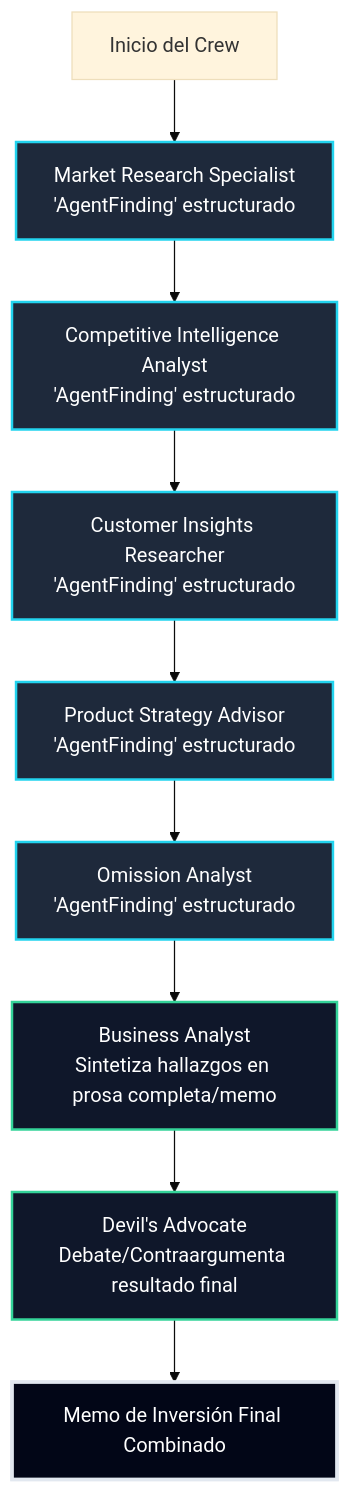
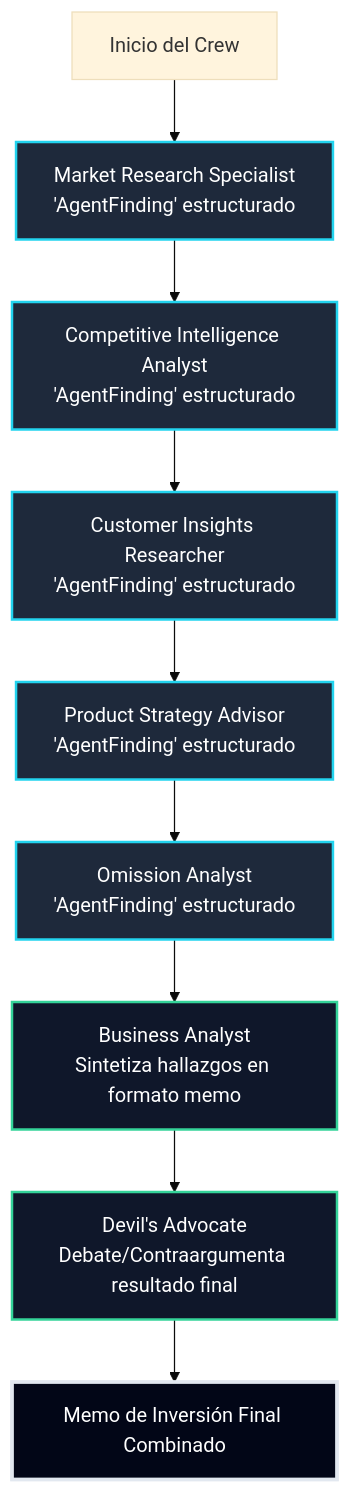
Before and after one commit to athenacoree/1: the first of 2 diagrams in README.md, drawn with Mermaid (base theme). The commit also changed other lines of this file and 6 other files, not shown here.

````diff
--- a/README.md
+++ b/README.md
@@ -62,21 +44,21 @@
 ```mermaid
 graph TD
     A[Inicio del Crew] --> B[Market Research Specialist<br/>'AgentFinding' estructurado]
     B --> C[Competitive Intelligence Analyst<br/>'AgentFinding' estructurado]
     C --> D[Customer Insights Researcher<br/>'AgentFinding' estructurado]
     D --> E[Product Strategy Advisor<br/>'AgentFinding' estructurado]
     E --> F[Omission Analyst<br/>'AgentFinding' estructurado]
 
-    F --> G[Business Analyst<br/>Sintetiza hallazgos en prosa completa/memo]
+    F --> G[Business Analyst<br/>Sintetiza hallazgos en formato memo]
     G --> H[Devil's Advocate<br/>Debate/Contraargumenta resultado final]
     H --> I[Memo de Inversión Final Combinado]
 
     style B fill:#1e293b,stroke:#22d3ee,stroke-width:2px,color:#fff
     style C fill:#1e293b,stroke:#22d3ee,stroke-width:2px,color:#fff
     style D fill:#1e293b,stroke:#22d3ee,stroke-width:2px,color:#fff
     style E fill:#1e293b,stroke:#22d3ee,stroke-width:2px,color:#fff
     style F fill:#1e293b,stroke:#22d3ee,stroke-width:2px,color:#fff
     style G fill:#0f172a,stroke:#34d399,stroke-width:2px,color:#fff
     style H fill:#0f172a,stroke:#34d399,stroke-width:2px,color:#fff
     style I fill:#020617,stroke:#e2e8f0,stroke-width:3px,color:#fff
 ```
````
